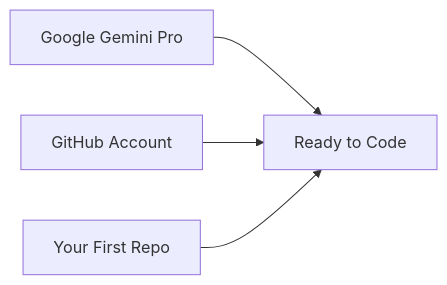
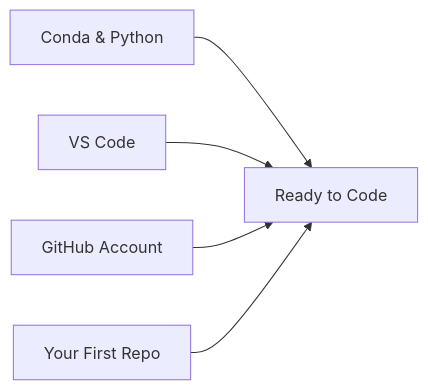
Before and after one commit to connorjmack/csp-data-workshop: the diagram in docs/modules/01-overview.md, drawn with Mermaid. The commit also changed other lines of this file and 9 other files, not shown here.

````diff
--- a/docs/modules/01-overview.md
+++ b/docs/modules/01-overview.md
@@ -7,6 +7,7 @@
 ```mermaid
 graph LR
-    A[Google Gemini Pro] --> D[Ready to Code]
-    B[GitHub Account] --> D
-    C[Your First Repo] --> D
+    A[Conda & Python] --> E[Ready to Code]
+    B[VS Code] --> E
+    C[GitHub Account] --> E
+    D[Your First Repo] --> E
 ```
````
